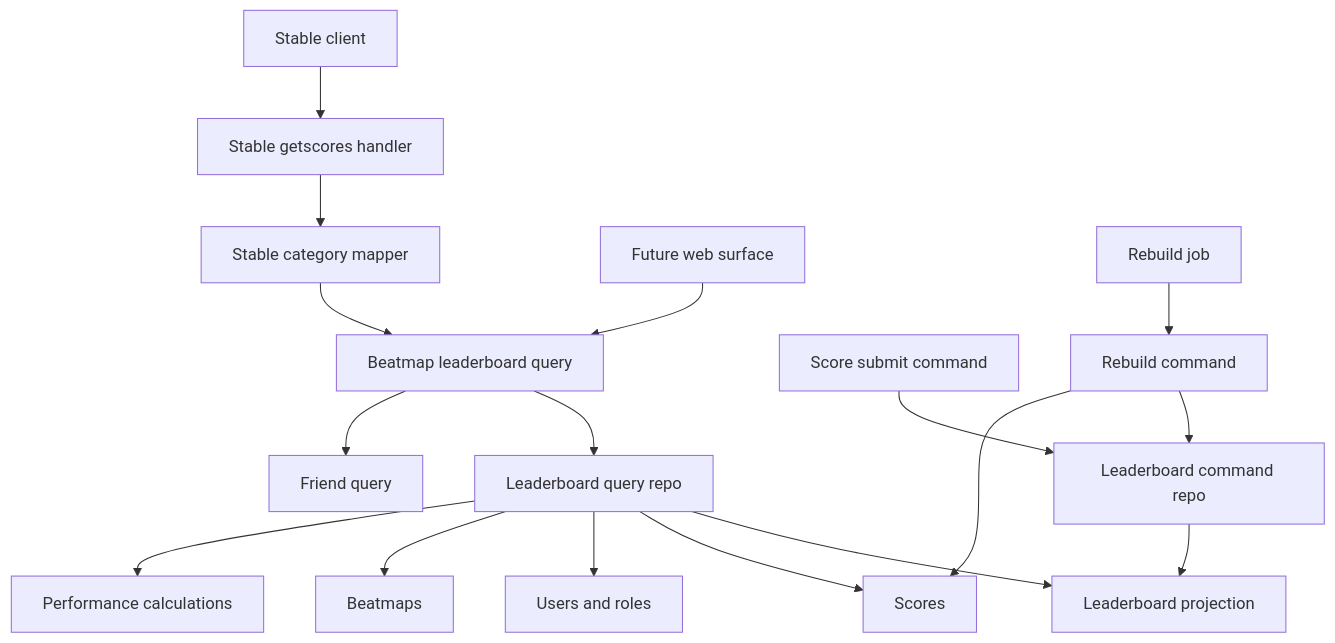
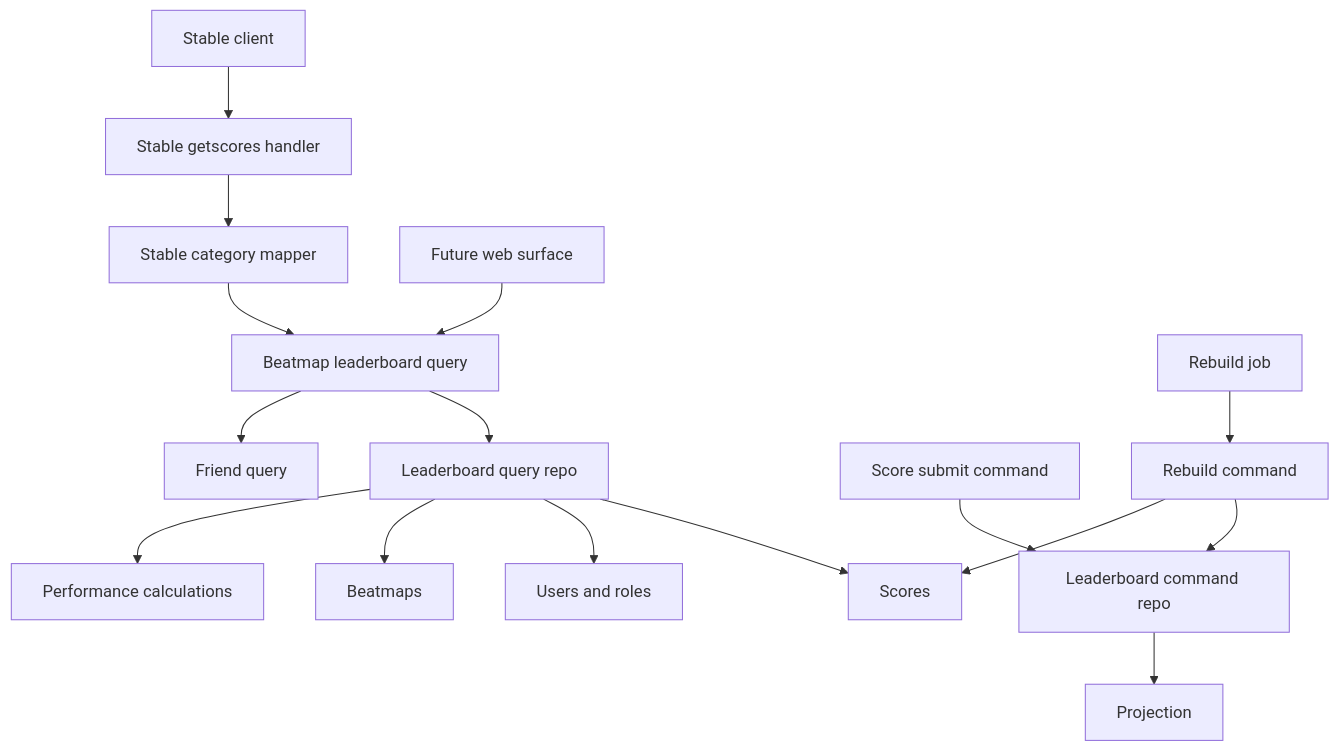
Before and after one commit to Reticulmz/athena: the first of 6 diagrams in .kiro/specs/beatmap-leaderboards/design.md, drawn with Mermaid. The commit also changed other lines of this file and 130 other files, not shown here.

````diff
--- a/.kiro/specs/beatmap-leaderboards/design.md
+++ b/.kiro/specs/beatmap-leaderboards/design.md
@@ -92,19 +93,18 @@
 ```mermaid
 graph TB
     StableClient[Stable client] --> StableGetscores[Stable getscores handler]
     StableGetscores --> StableMapper[Stable category mapper]
     StableMapper --> LeaderboardQuery[Beatmap leaderboard query]
     WebSurface[Future web surface] --> LeaderboardQuery
     LeaderboardQuery --> LeaderboardQueryRepo[Leaderboard query repo]
     LeaderboardQuery --> FriendQuery[Friend query]
-    LeaderboardQueryRepo --> Projection[Leaderboard projection]
     LeaderboardQueryRepo --> Scores[Scores]
     LeaderboardQueryRepo --> Users[Users and roles]
     LeaderboardQueryRepo --> Beatmaps[Beatmaps]
     LeaderboardQueryRepo --> Performance[Performance calculations]
     ScoreSubmit[Score submit command] --> LeaderboardCommandRepo[Leaderboard command repo]
     LeaderboardCommandRepo --> Projection
     RebuildJob[Rebuild job] --> RebuildCommand[Rebuild command]
     RebuildCommand --> LeaderboardCommandRepo
     RebuildCommand --> Scores
 ```
````
